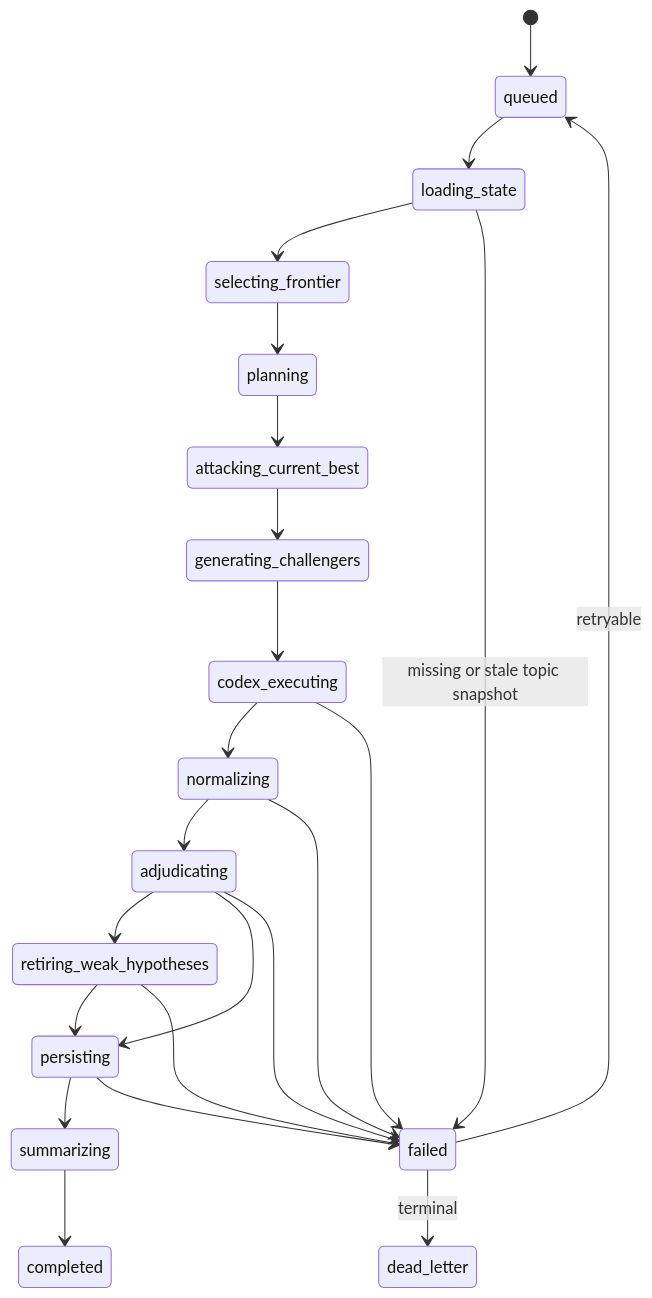
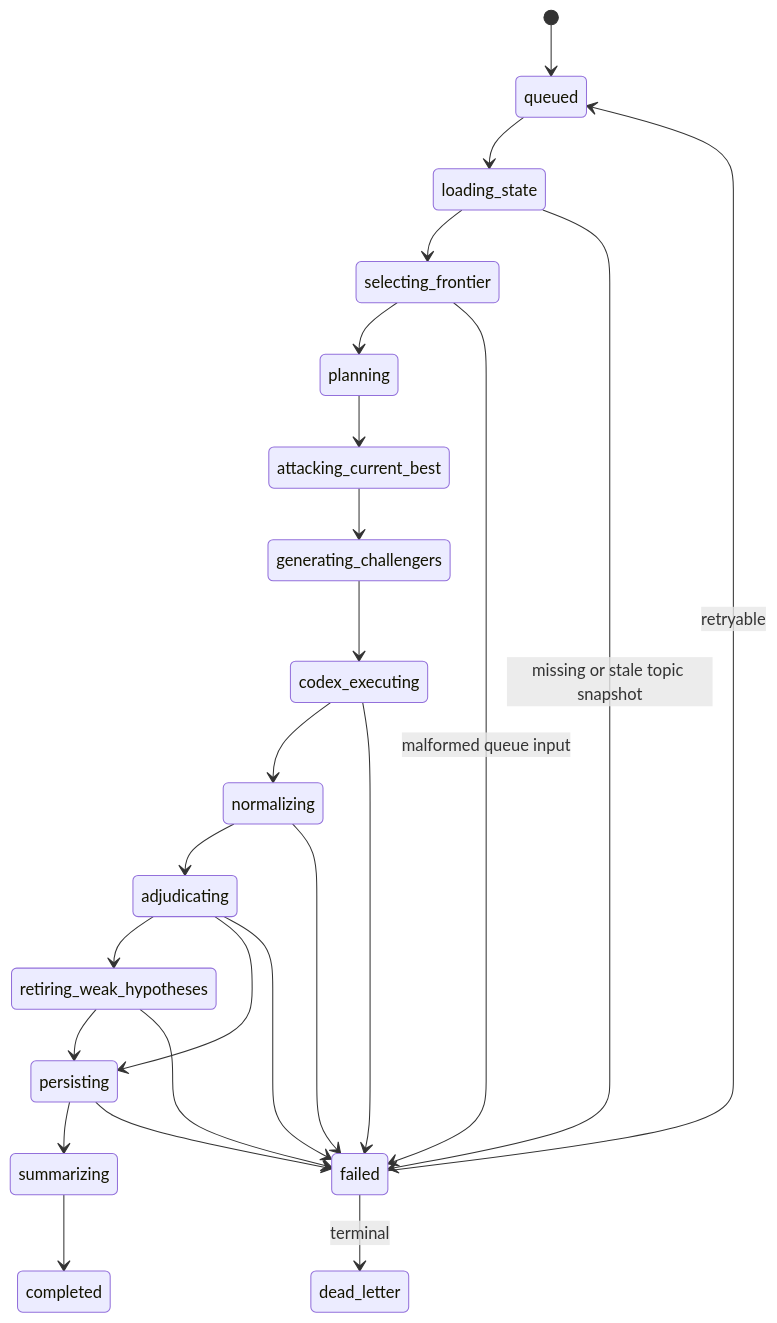
The second of 4 diagrams in ARCH.md (winehouse8/codex_continual_research_bot), drawn with Mermaid before and after one commit. The commit also changed 8 other files, not shown here.

````diff
--- a/ARCH.md
+++ b/ARCH.md
@@ -433,25 +433,26 @@
 ```mermaid
 stateDiagram-v2
     [*] --> queued
     queued --> loading_state
     loading_state --> selecting_frontier
     loading_state --> failed: missing or stale topic snapshot
     selecting_frontier --> planning
+    selecting_frontier --> failed: malformed queue input
     planning --> attacking_current_best
     attacking_current_best --> generating_challengers
     generating_challengers --> codex_executing
     codex_executing --> normalizing
     normalizing --> adjudicating
     adjudicating --> retiring_weak_hypotheses
     retiring_weak_hypotheses --> persisting
     adjudicating --> persisting
     persisting --> summarizing
     summarizing --> completed
     codex_executing --> failed
     normalizing --> failed
     adjudicating --> failed
     retiring_weak_hypotheses --> failed
     persisting --> failed
     failed --> queued: retryable
     failed --> dead_letter: terminal
 ```
````
